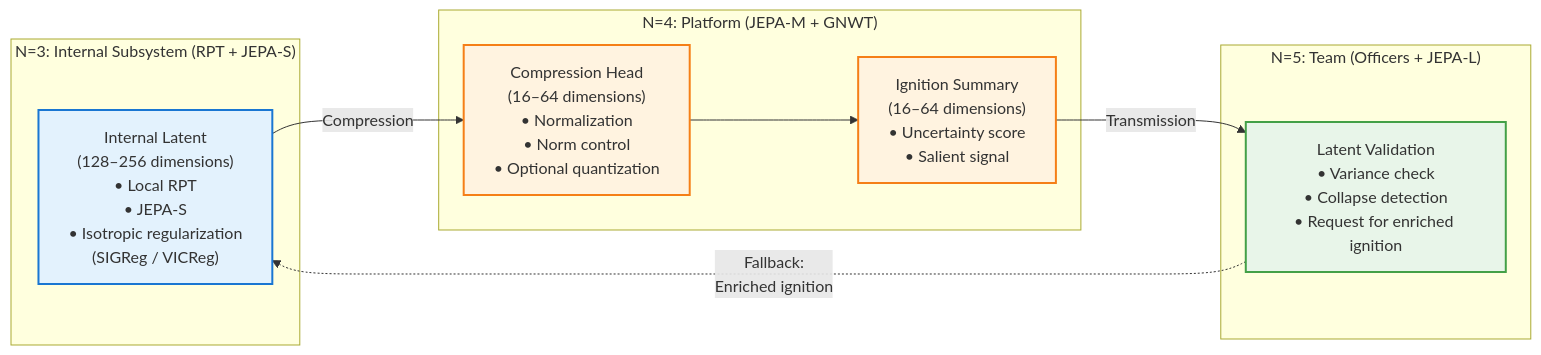
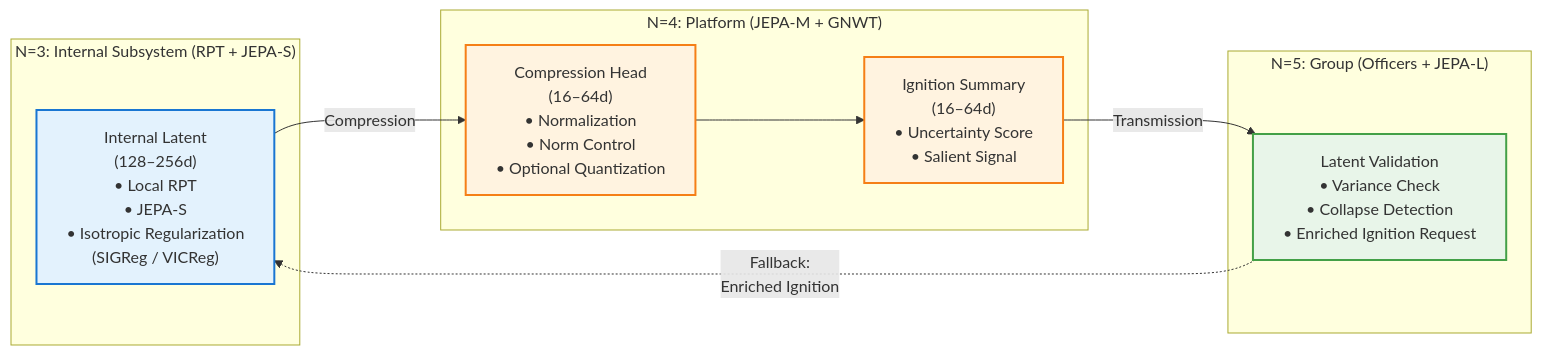
The fifth of 6 diagrams in architecture/architecture.md (AlainCo/GNWT-Garrigue-X-en), drawn with Mermaid before and after one commit. The commit also changed other lines of this file and 21 other files, not shown here.

````diff
--- a/architecture/architecture.md
+++ b/architecture/architecture.md
@@ -172,28 +172,28 @@
 ```mermaid
 flowchart LR
     subgraph N3 ["N=3: Internal Subsystem (RPT + JEPA-S)"]
-        L3["Internal Latent\n(128–256 dimensions)\n• Local RPT\n• JEPA-S\n• Isotropic regularization\n(SIGReg / VICReg)"]
+        L3["Internal Latent\n(128–256d)\n• Local RPT\n• JEPA-S\n• Isotropic Regularization\n(SIGReg / VICReg)"]
     end
 
     subgraph N4 ["N=4: Platform (JEPA-M + GNWT)"]
-        C4["Compression Head\n(16–64 dimensions)\n• Normalization\n• Norm control\n• Optional quantization"]
-        L4["Ignition Summary\n(16–64 dimensions)\n• Uncertainty score\n• Salient signal"]
+        C4["Compression Head\n(16–64d)\n• Normalization\n• Norm Control\n• Optional Quantization"]
+        L4["Ignition Summary\n(16–64d)\n• Uncertainty Score\n• Salient Signal"]
     end
 
-    subgraph N5 ["N=5: Team (Officers + JEPA-L)"]
-        V5["Latent Validation\n• Variance check\n• Collapse detection\n• Request for enriched ignition"]
+    subgraph N5 ["N=5: Group (Officers + JEPA-L)"]
+        V5["Latent Validation\n• Variance Check\n• Collapse Detection\n• Enriched Ignition Request"]
     end
 
     L3 -->|"Compression"| C4 --> L4 -->|"Transmission"| V5
 
-    V5 -.->|"Fallback:\nEnriched ignition"| L3
+    V5 -.->|"Fallback:\nEnriched Ignition"| L3
 
     classDef latent fill:#e3f2fd,stroke:#1976d2,stroke-width:2px
     classDef comp fill:#fff3e0,stroke:#f57f17,stroke-width:2px
     classDef val fill:#e8f5e9,stroke:#43a047,stroke-width:2px
 
     class L3 latent
     class C4 comp
     class L4 comp
     class V5 val
 ```
````
